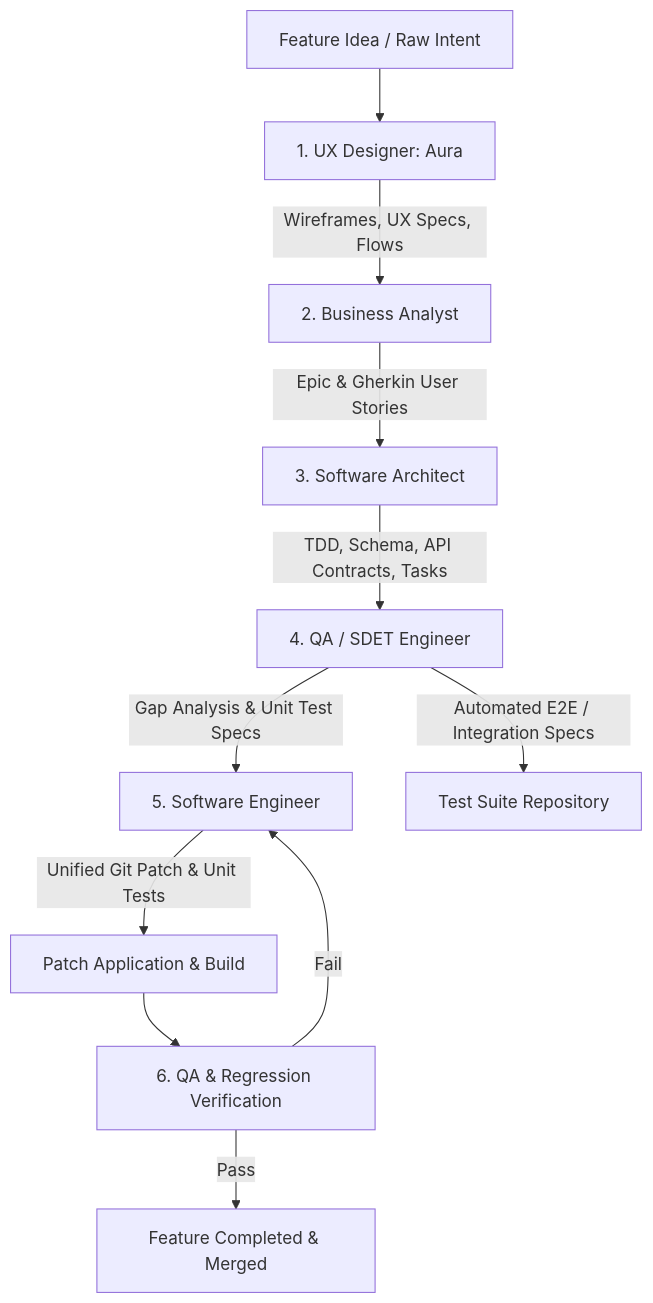
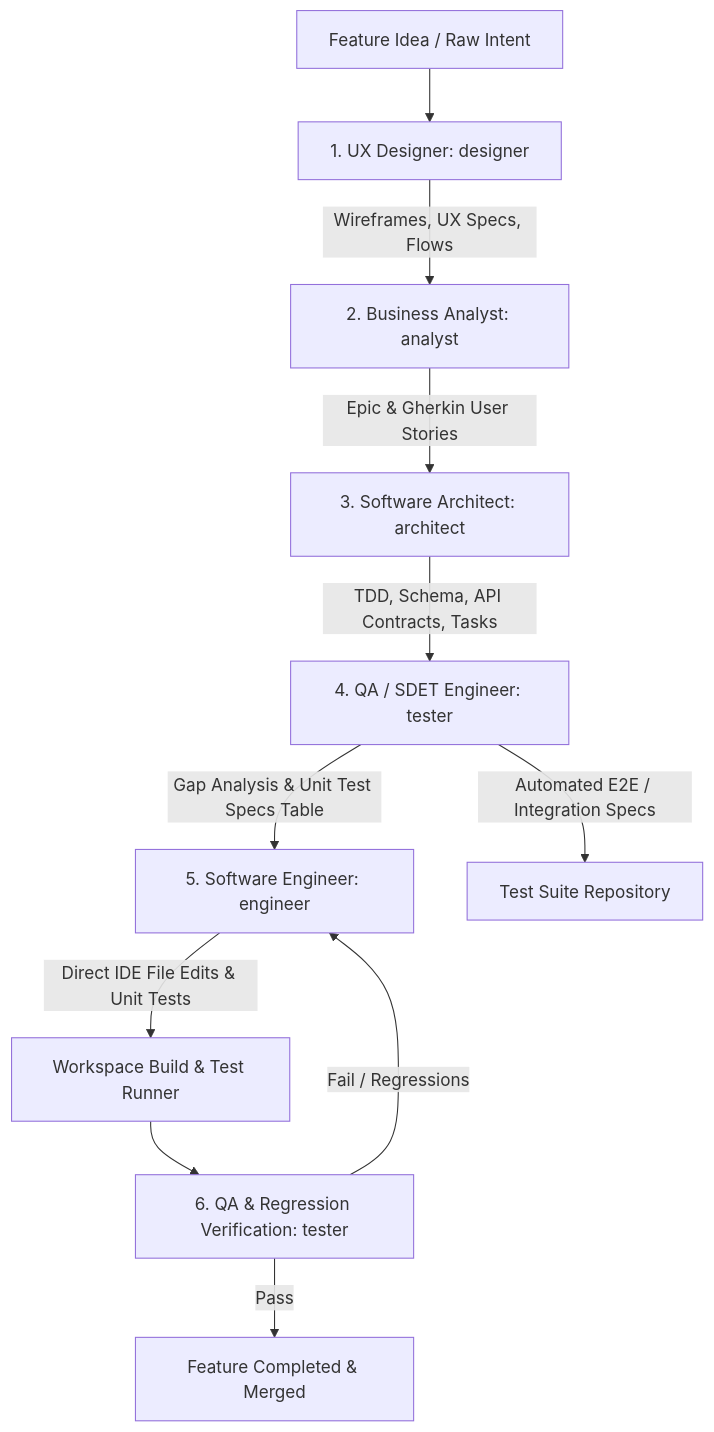
Before and after one commit to qozara/antigravity-agents: the diagram in .agents/workflows/feature-lifecycle.md, drawn with Mermaid. The commit also changed other lines of this file and 3 other files, not shown here.

Commit message:
refactor: decouple Antigravity IDE engineer from hybrid web-chatbot PatchPilot persona

````diff
--- a/.agents/workflows/feature-lifecycle.md
+++ b/.agents/workflows/feature-lifecycle.md
@@ -9,13 +9,13 @@
 ```mermaid
 flowchart TD
-    A[Feature Idea / Raw Intent] --> B[1. UX Designer: Aura]
-    B -->|Wireframes, UX Specs, Flows| C[2. Business Analyst]
-    C -->|Epic & Gherkin User Stories| D[3. Software Architect]
-    D -->|TDD, Schema, API Contracts, Tasks| E[4. QA / SDET Engineer]
-    E -->|Gap Analysis & Unit Test Specs| F[5. Software Engineer]
+    A[Feature Idea / Raw Intent] --> B[1. UX Designer: designer]
+    B -->|Wireframes, UX Specs, Flows| C[2. Business Analyst: analyst]
+    C -->|Epic & Gherkin User Stories| D[3. Software Architect: architect]
+    D -->|TDD, Schema, API Contracts, Tasks| E[4. QA / SDET Engineer: tester]
+    E -->|Gap Analysis & Unit Test Specs Table| F[5. Software Engineer: engineer]
     E -->|Automated E2E / Integration Specs| G[Test Suite Repository]
-    F -->|Unified Git Patch & Unit Tests| H[Patch Application & Build]
-    H --> I[6. QA & Regression Verification]
+    F -->|Direct IDE File Edits & Unit Tests| H[Workspace Build & Test Runner]
+    H --> I[6. QA & Regression Verification: tester]
     I -->|Pass| J[Feature Completed & Merged]
-    I -->|Fail| F
+    I -->|Fail / Regressions| F
 ```
````
